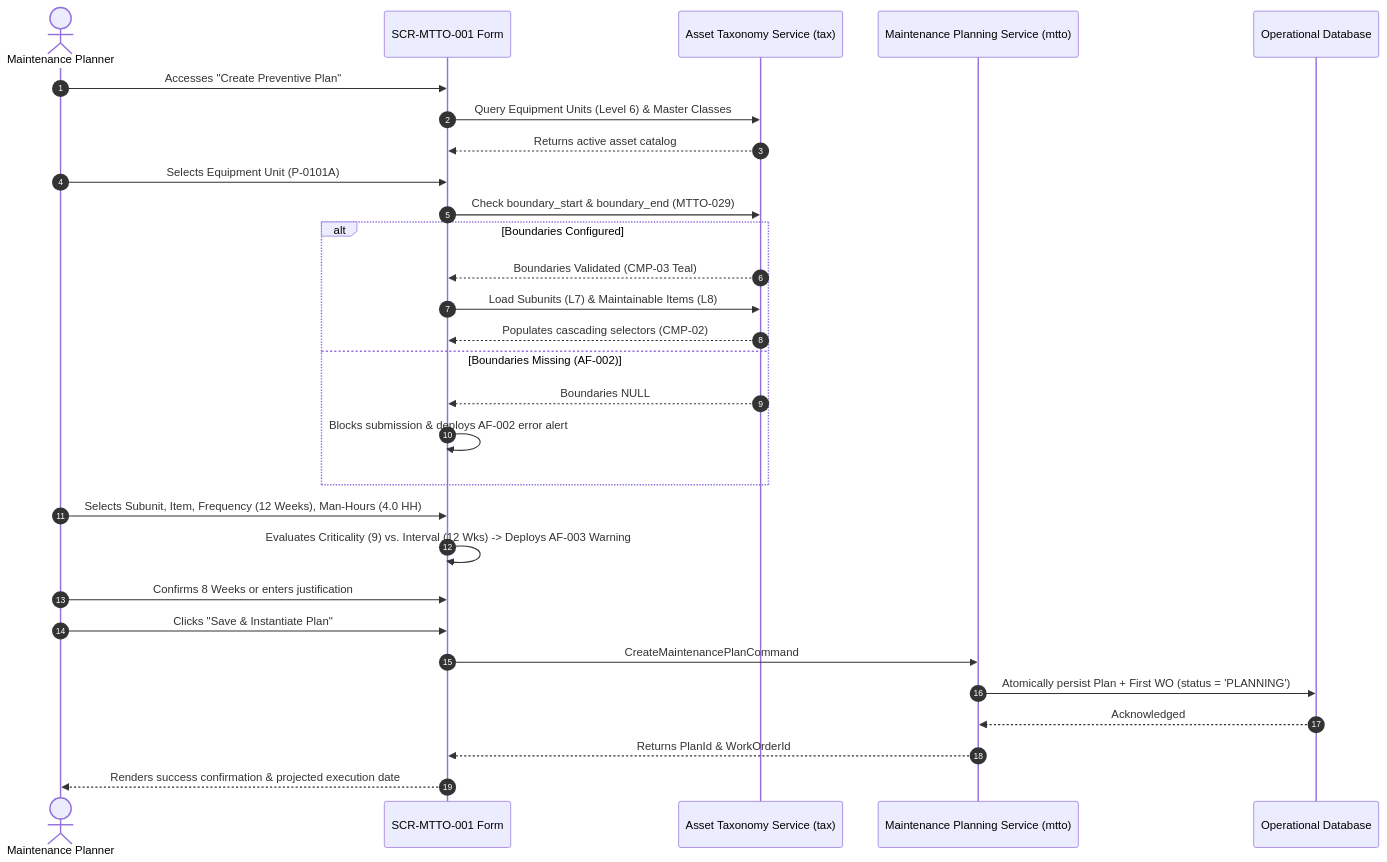
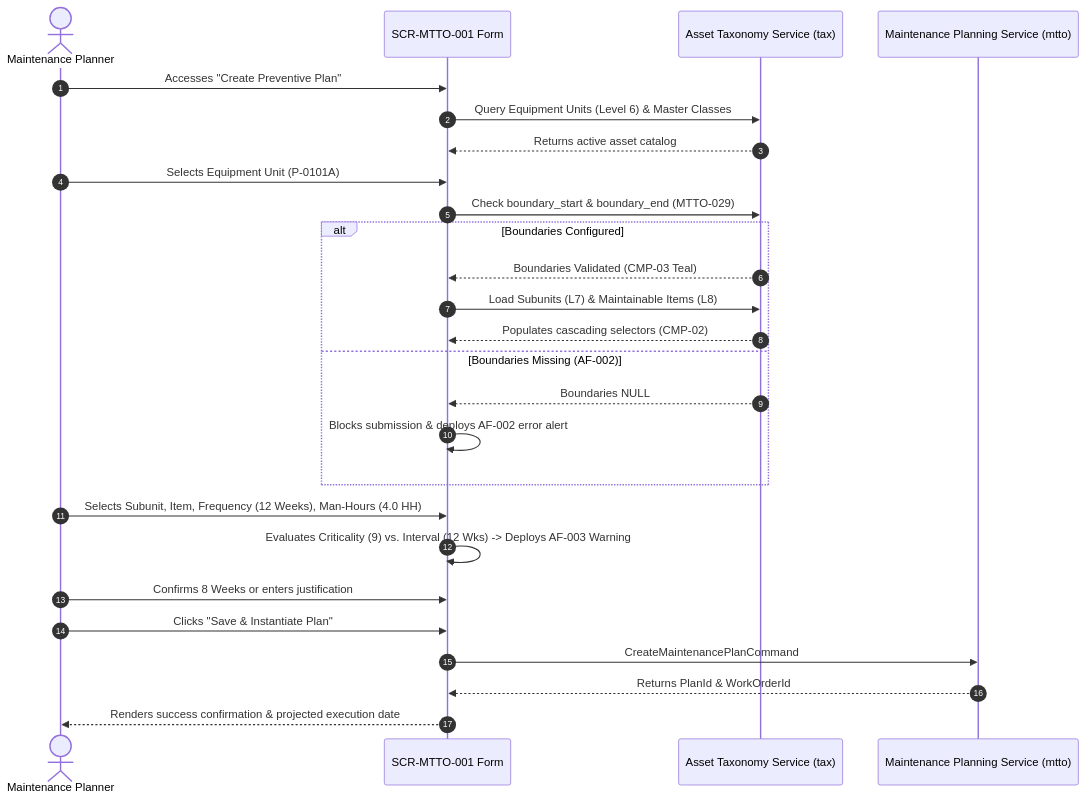
The diagram in ui-ux/screens/mtto/SCR-MTTO-001.md (Novav20/adso-dteam-docs), drawn with Mermaid before and after one commit. The commit also changed other lines of this file and 4 other files, not shown here.

````diff
--- a/ui-ux/screens/mtto/SCR-MTTO-001.md
+++ b/ui-ux/screens/mtto/SCR-MTTO-001.md
@@ -83,32 +83,29 @@
 ```mermaid
 sequenceDiagram
     autonumber
     actor Planner as Maintenance Planner
     participant UI as SCR-MTTO-001 Form
     participant TAX as Asset Taxonomy Service (tax)
     participant MTTO as Maintenance Planning Service (mtto)
-    participant DB as Operational Database
 
     Planner->>UI: Accesses "Create Preventive Plan"
     UI->>TAX: Query Equipment Units (Level 6) & Master Classes
     TAX-->>UI: Returns active asset catalog
     Planner->>UI: Selects Equipment Unit (P-0101A)
     UI->>TAX: Check boundary_start & boundary_end (MTTO-029)
     alt Boundaries Configured
         TAX-->>UI: Boundaries Validated (CMP-03 Teal)
         UI->>TAX: Load Subunits (L7) & Maintainable Items (L8)
         TAX-->>UI: Populates cascading selectors (CMP-02)
     else Boundaries Missing (AF-002)
         TAX-->>UI: Boundaries NULL
         UI->>UI: Blocks submission & deploys AF-002 error alert
     end
     Planner->>UI: Selects Subunit, Item, Frequency (12 Weeks), Man-Hours (4.0 HH)
     UI->>UI: Evaluates Criticality (9) vs. Interval (12 Wks) -> Deploys AF-003 Warning
     Planner->>UI: Confirms 8 Weeks or enters justification
     Planner->>UI: Clicks "Save & Instantiate Plan"
     UI->>MTTO: CreateMaintenancePlanCommand
-    MTTO->>DB: Atomically persist Plan + First WO (status = 'PLANNING')
-    DB-->>MTTO: Acknowledged
     MTTO-->>UI: Returns PlanId & WorkOrderId
     UI-->>Planner: Renders success confirmation & projected execution date
 ```
````
